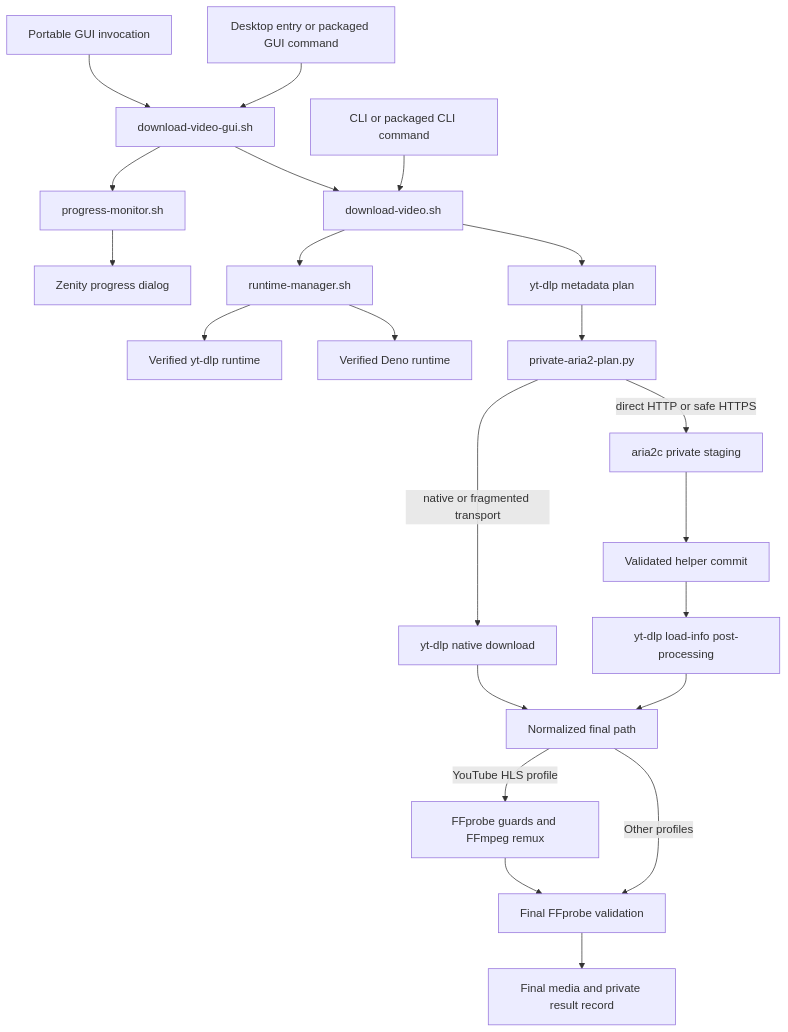
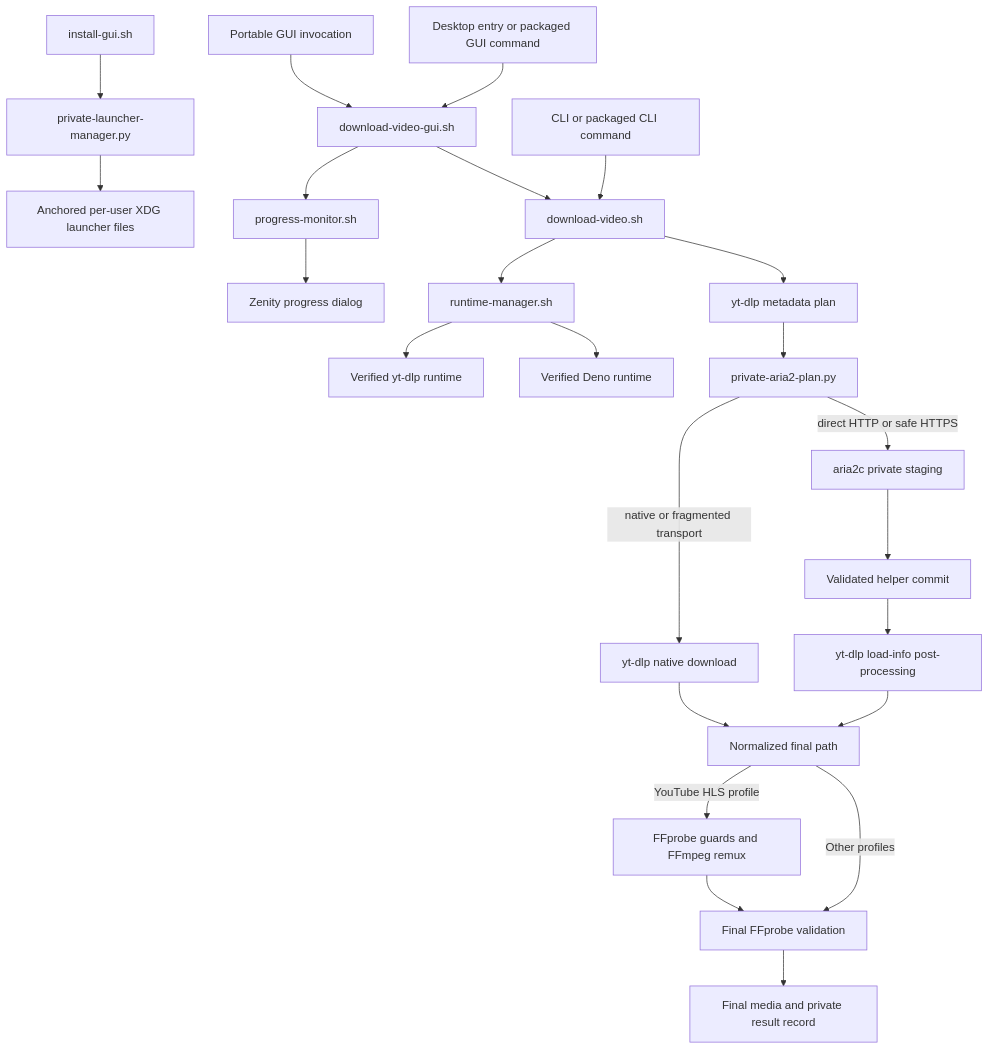
The diagram in ARCHITECTURE.md (OscarFrog/yt-dlp-aria2-downloader-gui), drawn with Mermaid before and after one commit. The commit also changed other lines of this file and 20 other files, not shown here.

````diff
--- a/ARCHITECTURE.md
+++ b/ARCHITECTURE.md
@@ -15,24 +15,26 @@
 ```mermaid
 flowchart TD
     desktop[Desktop entry or packaged GUI command] --> gui[download-video-gui.sh]
     portable[Portable GUI invocation] --> gui
+    launcher[install-gui.sh] --> launcher_helper[private-launcher-manager.py]
+    launcher_helper --> xdg[Anchored per-user XDG launcher files]
     cli[CLI or packaged CLI command] --> engine[download-video.sh]
     gui --> engine
     gui --> monitor[progress-monitor.sh]
     monitor --> zenity[Zenity progress dialog]
     engine --> runtime[runtime-manager.sh]
     runtime --> ytdlp[Verified yt-dlp runtime]
     runtime --> deno[Verified Deno runtime]
     engine --> plan[yt-dlp metadata plan]
     plan --> helper[private-aria2-plan.py]
     helper -->|direct HTTP or safe HTTPS| aria2[aria2c private staging]
     aria2 --> commit[Validated helper commit]
     commit --> replay[yt-dlp load-info post-processing]
     helper -->|native or fragmented transport| native[yt-dlp native download]
     replay --> normalize[Normalized final path]
     native --> normalize
     normalize -->|YouTube HLS profile| remux[FFprobe guards and FFmpeg remux]
     normalize -->|Other profiles| validate[Final FFprobe validation]
     remux --> validate
     validate --> result[Final media and private result record]
 ```
````
